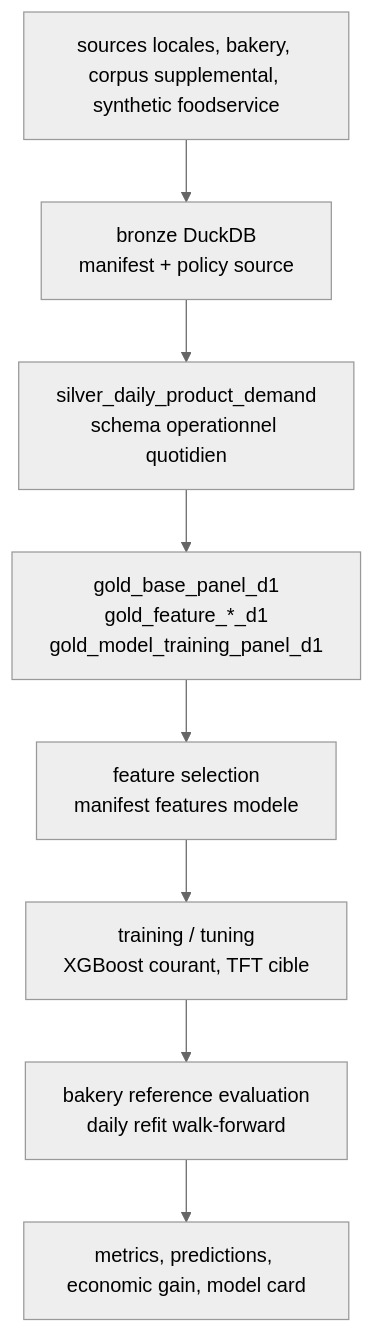
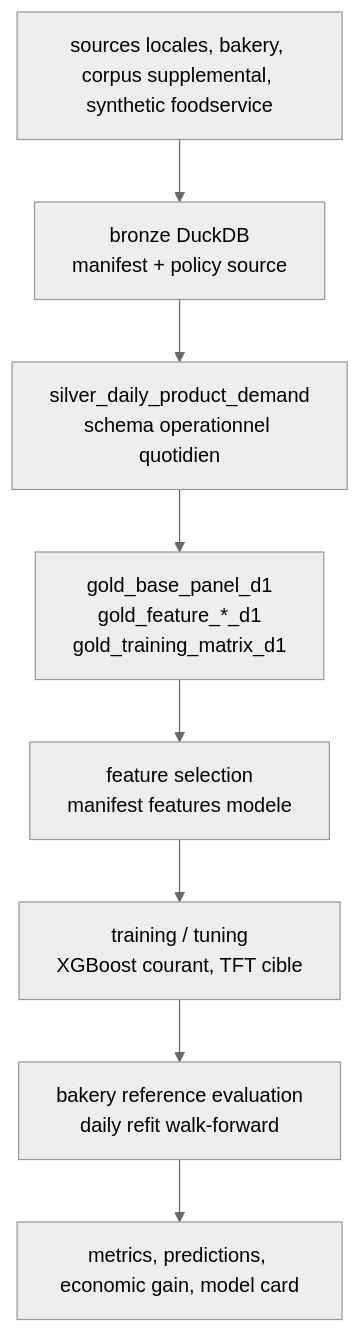
One commit to StevenPvr/demand-forcasting changed the diagram in docs/demand_forecast/architecture.md. Above: the diagram before and after it, drawn with Mermaid (neutral theme). The commit also changed other lines of this file and 48 other files, not shown here.

````diff
--- a/docs/demand_forecast/architecture.md
+++ b/docs/demand_forecast/architecture.md
@@ -10,11 +10,11 @@
 ```mermaid
 flowchart TB
   Sources["sources locales, bakery, corpus supplemental, synthetic foodservice"] --> Bronze
   Bronze["bronze DuckDB<br/>manifest + policy source"] --> Silver
   Silver["silver_daily_product_demand<br/>schema operationnel quotidien"] --> Gold
-  Gold["gold_base_panel_d1<br/>gold_feature_*_d1<br/>gold_model_training_panel_d1"] --> FeatureSelection
+  Gold["gold_base_panel_d1<br/>gold_feature_*_d1<br/>gold_training_matrix_d1"] --> FeatureSelection
   FeatureSelection["feature selection<br/>manifest features modele"] --> Training
   Training["training / tuning<br/>XGBoost courant, TFT cible"] --> Evaluation
   Evaluation["bakery reference evaluation<br/>daily refit walk-forward"] --> Artifacts
   Artifacts["metrics, predictions, economic gain, model card"]
 ```
````
